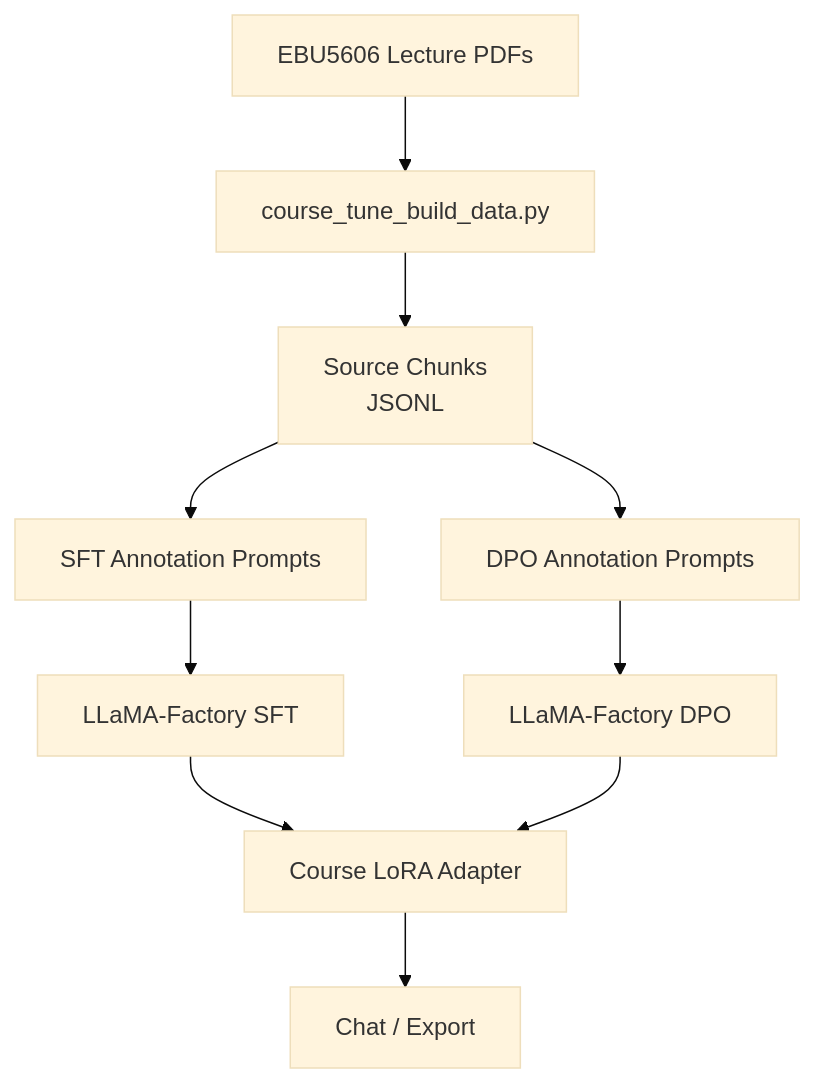
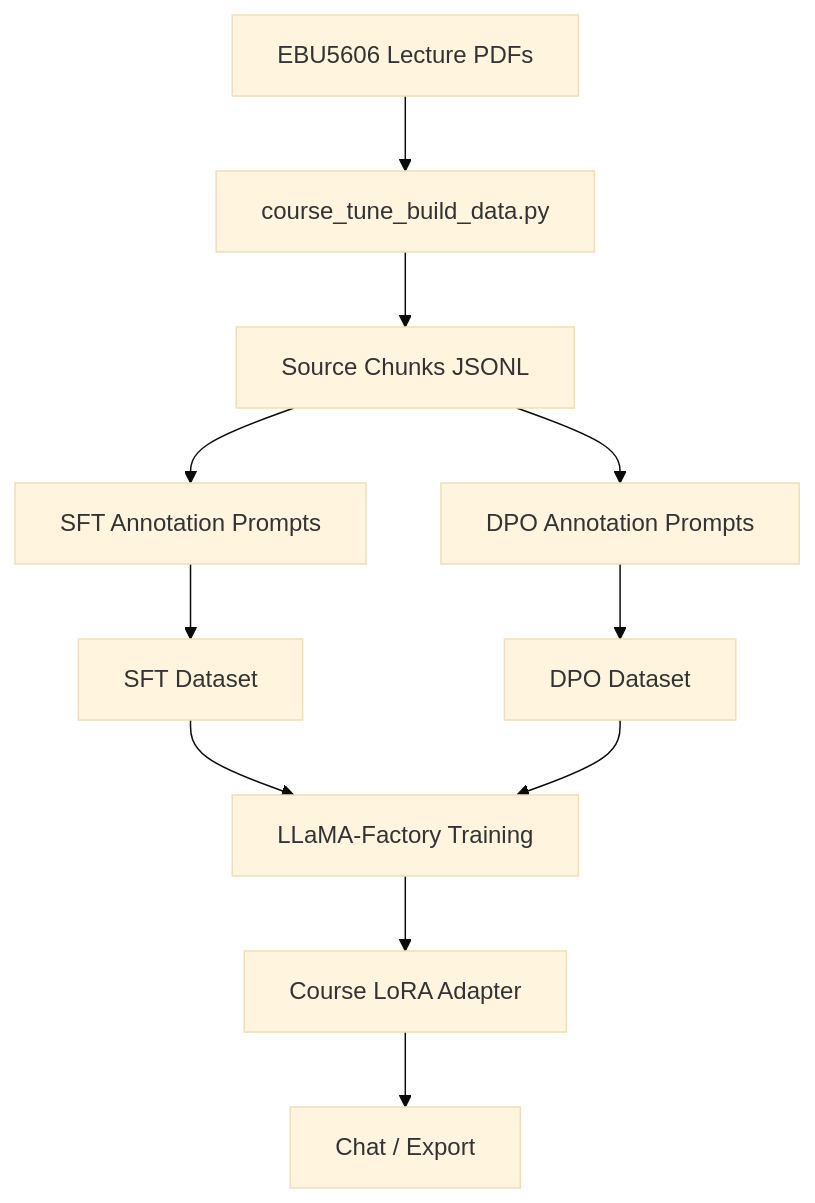
Before and after one commit to GuMiShDo666/coursetune: the diagram in README.md, drawn with Mermaid (base theme). The commit also changed other lines of this file and 550 other files, not shown here.

````diff
--- a/README.md
+++ b/README.md
@@ -102,12 +99,13 @@
 ```mermaid
 graph TD
     A[EBU5606 Lecture PDFs] --> B[course_tune_build_data.py]
-    B --> C[Source Chunks<br/>JSONL]
+    B --> C[Source Chunks JSONL]
     C --> D[SFT Annotation Prompts]
     C --> E[DPO Annotation Prompts]
-    D --> F[LLaMA-Factory SFT]
-    E --> G[LLaMA-Factory DPO]
-    F --> H[Course LoRA Adapter]
+    D --> F[SFT Dataset]
+    E --> G[DPO Dataset]
+    F --> H[LLaMA-Factory Training]
     G --> H
-    H --> I[Chat / Export]
+    H --> I[Course LoRA Adapter]
+    I --> J[Chat / Export]
 ```
````
